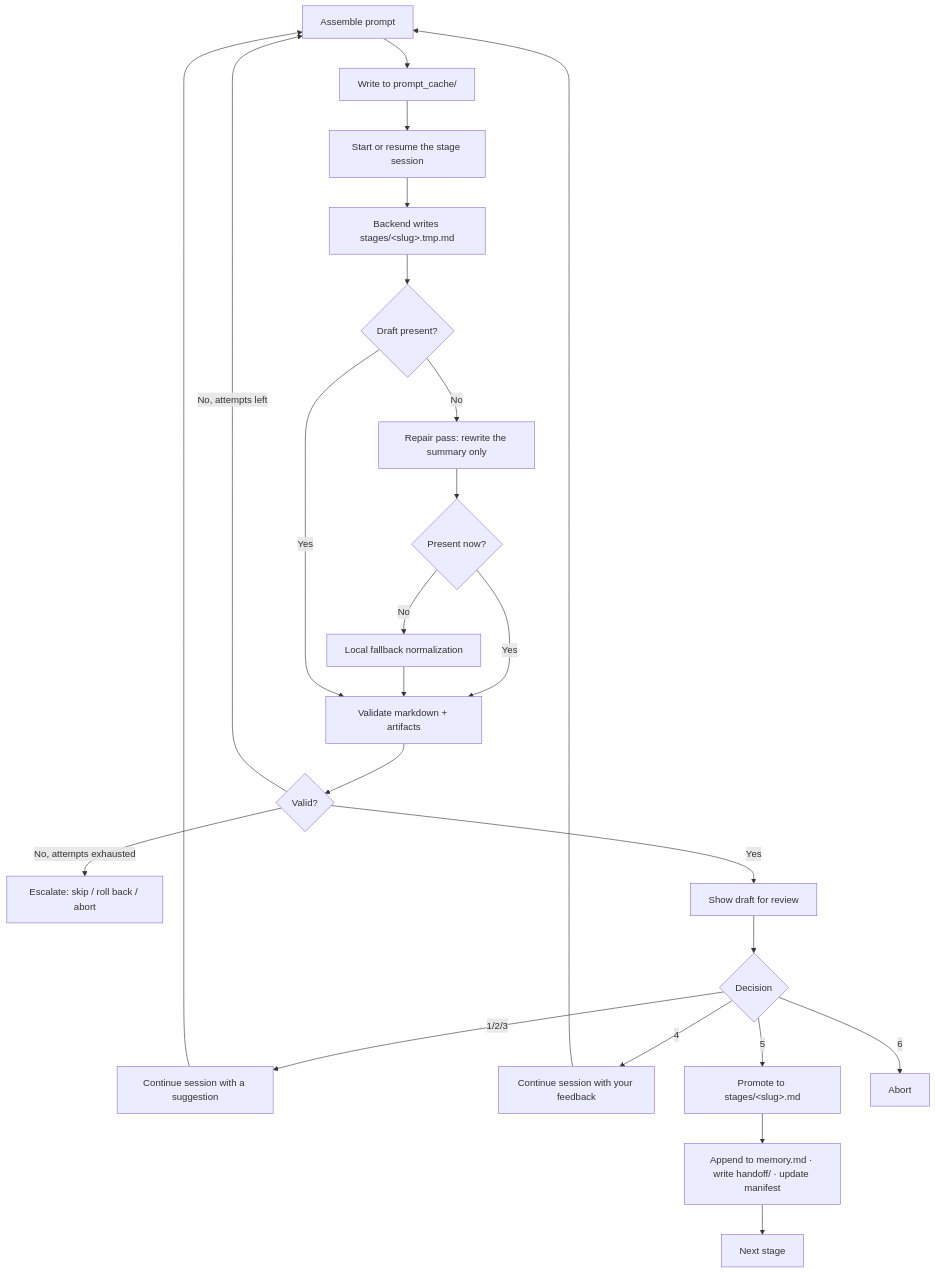
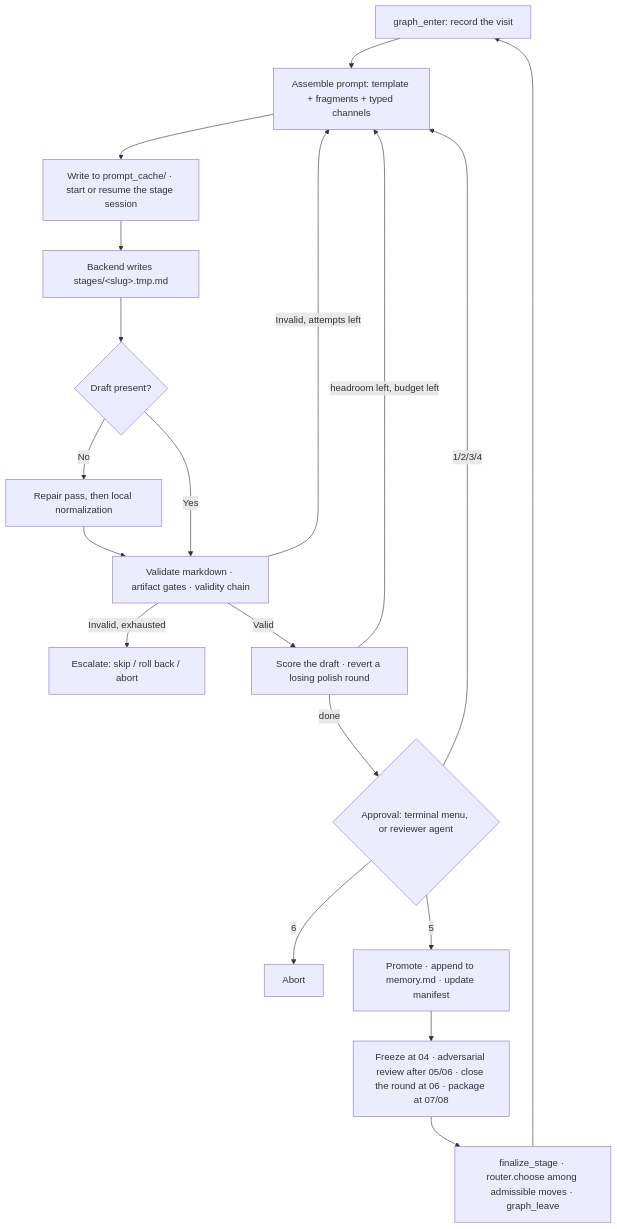
The diagram in docs/architecture.md (tangxiangru/AutoR), drawn with Mermaid before and after one commit. The commit also changed other lines of this file and 5 other files, not shown here.

````diff
--- a/docs/architecture.md
+++ b/docs/architecture.md
@@ -145,24 +204,21 @@
 ```mermaid
 flowchart TD
-    A[Assemble prompt] --> B[Write to prompt_cache/]
-    B --> C[Start or resume the stage session]
-    C --> D[Backend writes stages/&lt;slug&gt;.tmp.md]
-    D --> E{Draft present?}
-    E -- No --> F[Repair pass: rewrite the summary only]
-    F --> G{Present now?}
-    G -- No --> H[Local fallback normalization]
-    G -- Yes --> I
-    H --> I[Validate markdown + artifacts]
-    E -- Yes --> I
-    I --> J{Valid?}
-    J -- No, attempts left --> A
-    J -- No, attempts exhausted --> K[Escalate: skip / roll back / abort]
-    J -- Yes --> L[Show draft for review]
-    L --> M{Decision}
-    M -- 1/2/3 --> N[Continue session with a suggestion] --> A
-    M -- 4 --> O[Continue session with your feedback] --> A
-    M -- 5 --> P[Promote to stages/&lt;slug&gt;.md]
-    P --> Q[Append to memory.md · write handoff/ · update manifest]
-    Q --> R[Next stage]
-    M -- 6 --> S[Abort]
+    E[graph_enter: record the visit] --> A[Assemble prompt: template + fragments + typed channels]
+    A --> B[Write to prompt_cache/ · start or resume the stage session]
+    B --> C[Backend writes stages/&lt;slug&gt;.tmp.md]
+    C --> D{Draft present?}
+    D -- No --> R1[Repair pass, then local normalization]
+    R1 --> V
+    D -- Yes --> V[Validate markdown · artifact gates · validity chain]
+    V -- Invalid, attempts left --> A
+    V -- Invalid, exhausted --> K[Escalate: skip / roll back / abort]
+    V -- Valid --> S[Score the draft · revert a losing polish round]
+    S -- headroom left, budget left --> A
+    S -- done --> H{Approval: terminal menu, or reviewer agent}
+    H -- 1/2/3/4 --> A
+    H -- 6 --> X[Abort]
+    H -- 5 --> P[Promote · append to memory.md · update manifest]
+    P --> Q[Freeze at 04 · adversarial review after 05/06 · close the round at 06 · package at 07/08]
+    Q --> L[finalize_stage · router.choose among admissible moves · graph_leave]
+    L --> E
 ```
````
